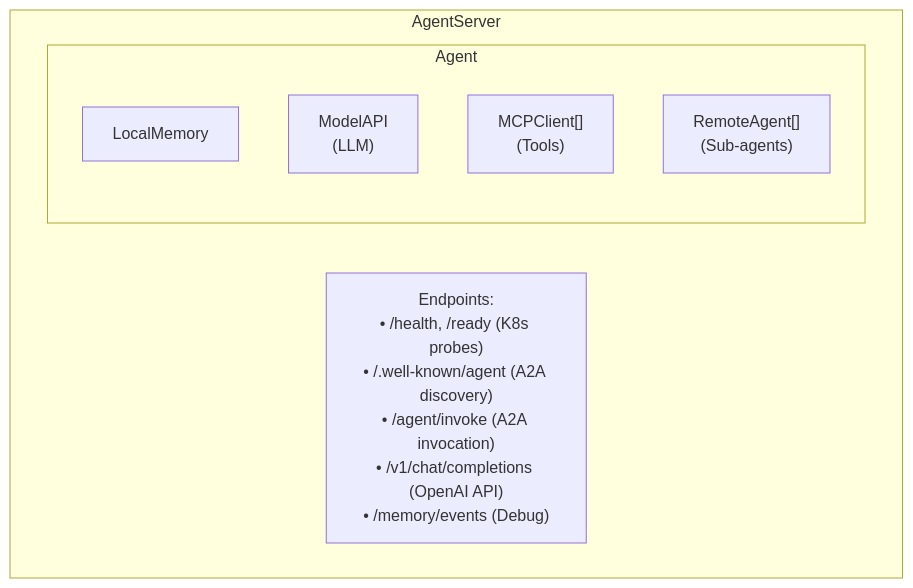
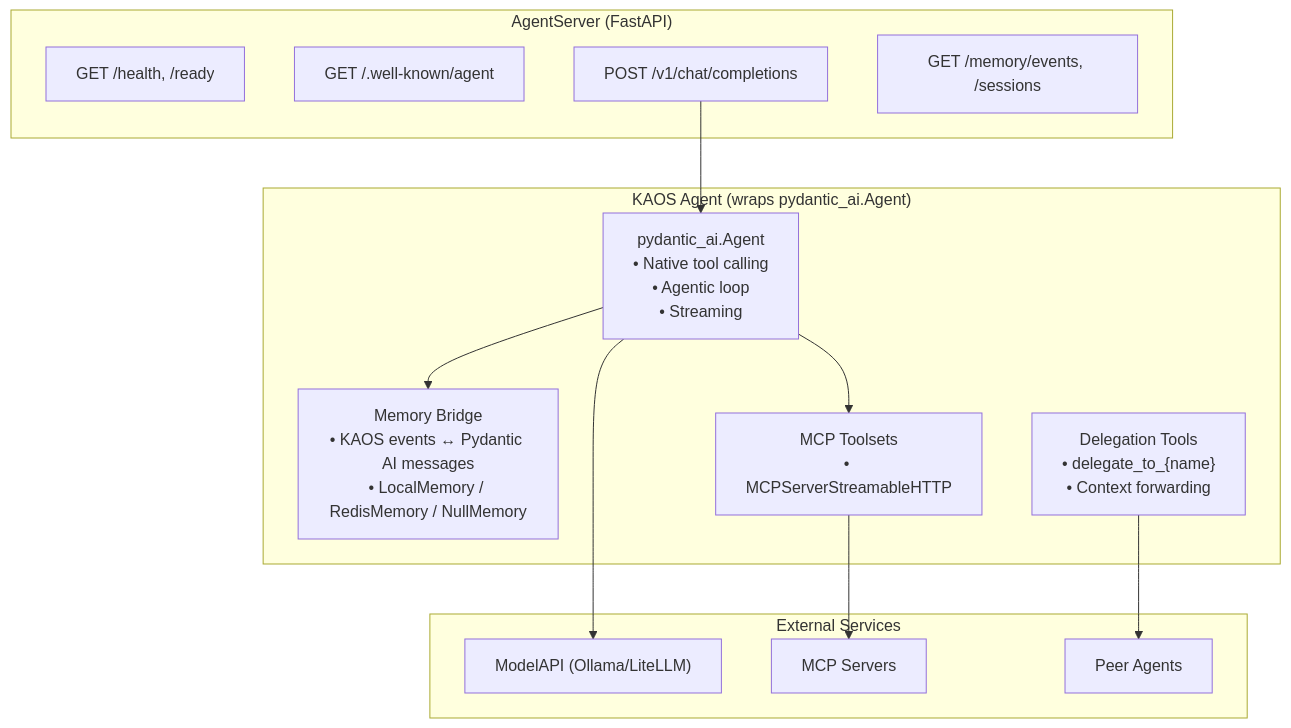
The diagram in docs/python-framework/overview.md (axsaucedo/kaos), drawn with Mermaid before and after one commit. The commit also changed other lines of this file and 7 other files, not shown here.

First line of the commit message:
docs: update python framework docs for pydantic-ai architecture

````diff
--- a/docs/python-framework/overview.md
+++ b/docs/python-framework/overview.md
@@ -31,13 +28,29 @@
 ```mermaid
 flowchart TB
-    subgraph server["AgentServer"]
-        subgraph agent["Agent"]
-            memory["LocalMemory"]
-            model["ModelAPI<br/>(LLM)"]
-            mcp["MCPClient[]<br/>(Tools)"]
-            remote["RemoteAgent[]<br/>(Sub-agents)"]
-        end
-        
-        endpoints["Endpoints:<br/>• /health, /ready (K8s probes)<br/>• /.well-known/agent (A2A discovery)<br/>• /agent/invoke (A2A invocation)<br/>• /v1/chat/completions (OpenAI API)<br/>• /memory/events (Debug)"]
+    subgraph server["AgentServer (FastAPI)"]
+        health["GET /health, /ready"]
+        a2a["GET /.well-known/agent"]
+        chat["POST /v1/chat/completions"]
+        mem_ep["GET /memory/events, /sessions"]
     end
+
+    subgraph agent["KAOS Agent (wraps pydantic_ai.Agent)"]
+        pydantic["pydantic_ai.Agent<br/>• Native tool calling<br/>• Agentic loop<br/>• Streaming"]
+        memory["Memory Bridge<br/>• KAOS events ↔ Pydantic AI messages<br/>• LocalMemory / RedisMemory / NullMemory"]
+        delegation["Delegation Tools<br/>• delegate_to_{name}<br/>• Context forwarding"]
+        mcp["MCP Toolsets<br/>• MCPServerStreamableHTTP"]
+    end
+
+    subgraph external["External Services"]
+        model["ModelAPI (Ollama/LiteLLM)"]
+        mcpsrv["MCP Servers"]
+        peers["Peer Agents"]
+    end
+
+    chat --> pydantic
+    pydantic --> model
+    pydantic --> mcp
+    mcp --> mcpsrv
+    delegation --> peers
+    pydantic --> memory
 ```
````
